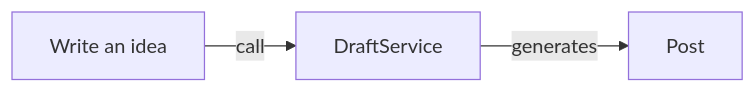
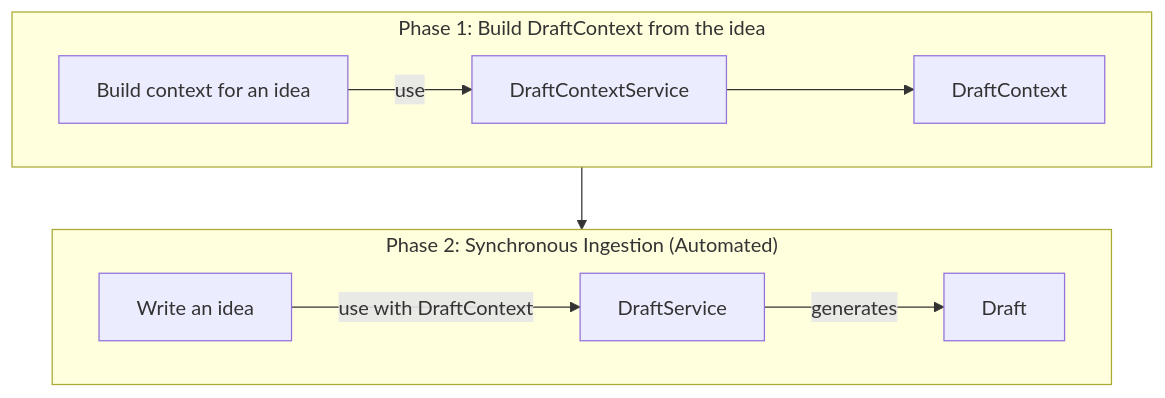
One commit to ADarko22/linkedin-idea-to-post changed the fifth of 6 diagrams in src/linkedin_idea_to_post/README.md. Above: the diagram before and after it, drawn with Mermaid. The commit also changed other lines of this file and 8 other files, not shown here.

````diff
--- a/src/linkedin_idea_to_post/README.md
+++ b/src/linkedin_idea_to_post/README.md
@@ -125,5 +156,16 @@
 ```mermaid
-flowchart LR
-    A[Write an idea] -- call --> B[DraftService]
-    B -- generates --> C[Post]
+flowchart TD
+    subgraph GraphA["Phase 1: Build DraftContext from the idea"]
+        direction LR
+        A[Build context for an idea] -- use --> B[DraftContextService]
+        B ---> DraftContext
+    end
+
+    subgraph  GraphB["Phase 2: Synchronous Ingestion (Automated)"]
+        direction LR
+        C[Write an idea] -- use with DraftContext --> D[DraftService]
+        D[DraftService] -- generates --> Draft
+    end
+    
+    GraphA --> GraphB
 ```
````
